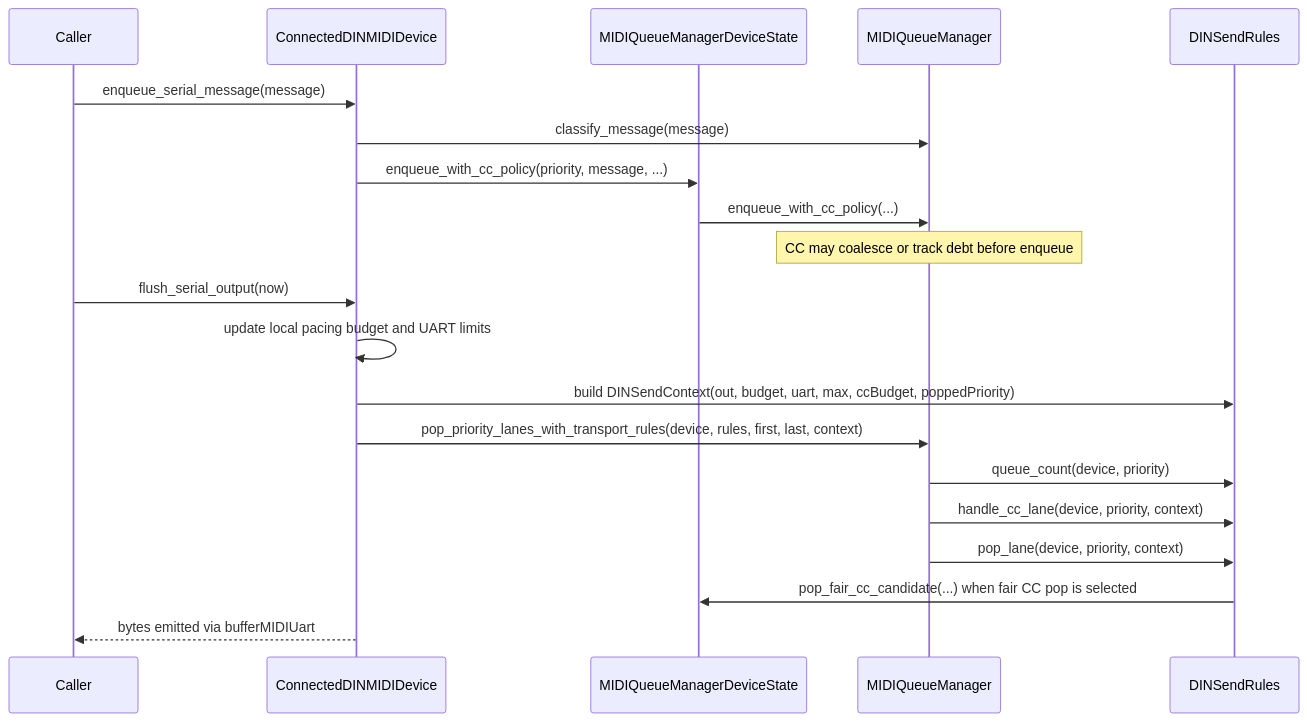
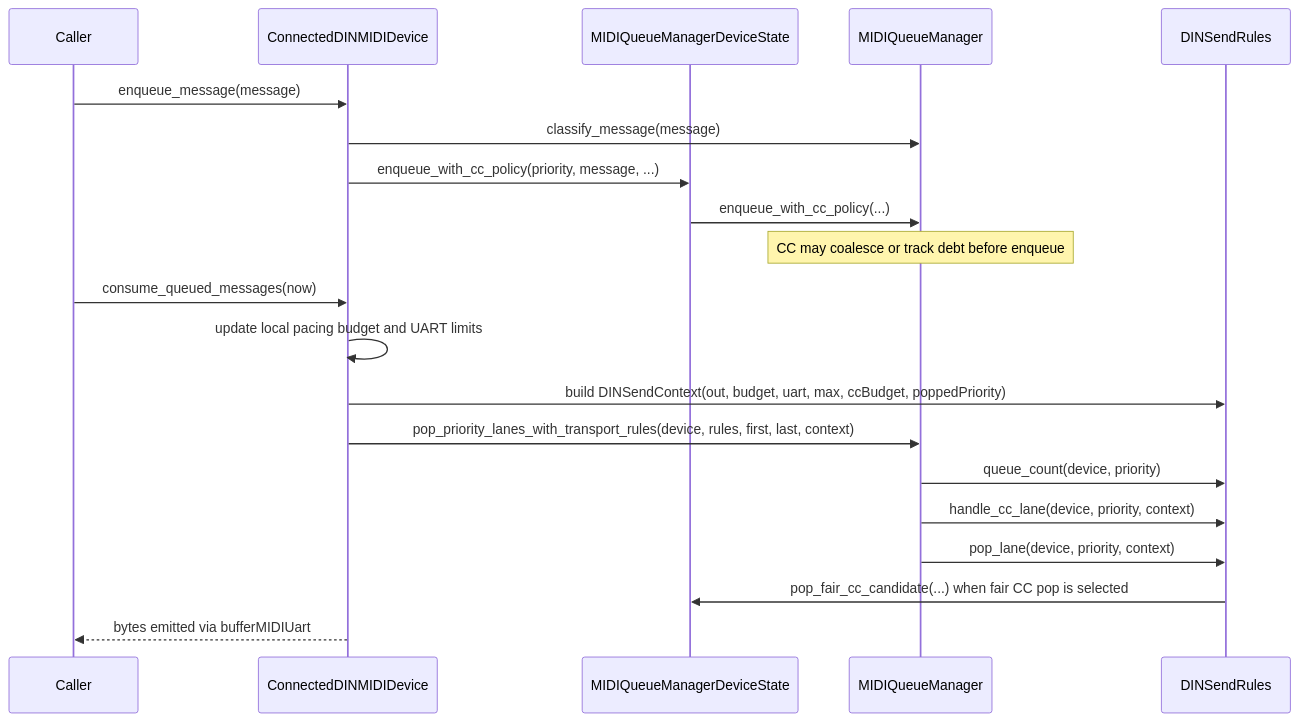
Before and after one commit to seangoodvibes/DelugeFirmware: the fifth of 5 diagrams in docs/dev/midi_queue_flow.md, drawn with Mermaid. The commit also changed other lines of this file and 4 other files, not shown here.

````diff
--- a/docs/dev/midi_queue_flow.md
+++ b/docs/dev/midi_queue_flow.md
@@ -133,24 +139,24 @@
 ```mermaid
 sequenceDiagram
     participant Caller
     participant DIN as ConnectedDINMIDIDevice
     participant MQ as MIDIQueueManagerDeviceState
     participant QM as MIDIQueueManager
     participant Rules as DINSendRules
 
-    Caller->>DIN: enqueue_serial_message(message)
+    Caller->>DIN: enqueue_message(message)
     DIN->>QM: classify_message(message)
     DIN->>MQ: enqueue_with_cc_policy(priority, message, ...)
     MQ->>QM: enqueue_with_cc_policy(...)
     Note over QM: CC may coalesce or track debt before enqueue
 
-    Caller->>DIN: flush_serial_output(now)
+    Caller->>DIN: consume_queued_messages(now)
     DIN->>DIN: update local pacing budget and UART limits
     DIN->>Rules: build DINSendContext(out, budget, uart, max, ccBudget, poppedPriority)
     DIN->>QM: pop_priority_lanes_with_transport_rules(device, rules, first, last, context)
     QM->>Rules: queue_count(device, priority)
     QM->>Rules: handle_cc_lane(device, priority, context)
     QM->>Rules: pop_lane(device, priority, context)
     Rules->>MQ: pop_fair_cc_candidate(...) when fair CC pop is selected
     DIN-->>Caller: bytes emitted via bufferMIDIUart
 ```
````
